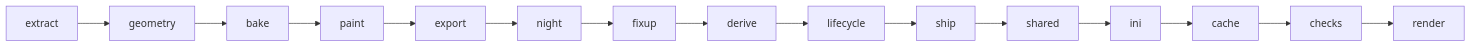
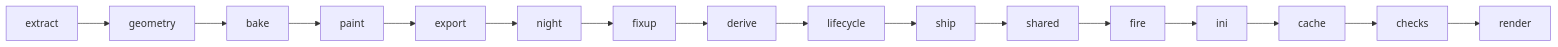
Before and after one commit to maxr0ssi/bfme-mac: the diagram in docs/ART.md, drawn with Mermaid. The commit also changed other lines of this file and 113 other files, not shown here.

````diff
--- a/docs/ART.md
+++ b/docs/ART.md
@@ -30,5 +30,5 @@
 ```mermaid
 flowchart LR
   extract --> geometry --> bake --> paint --> export --> night --> fixup
-  fixup --> derive --> lifecycle --> ship --> shared --> ini --> cache --> checks --> render
+  fixup --> derive --> lifecycle --> ship --> shared --> fire --> ini --> cache --> checks --> render
 ```
````
